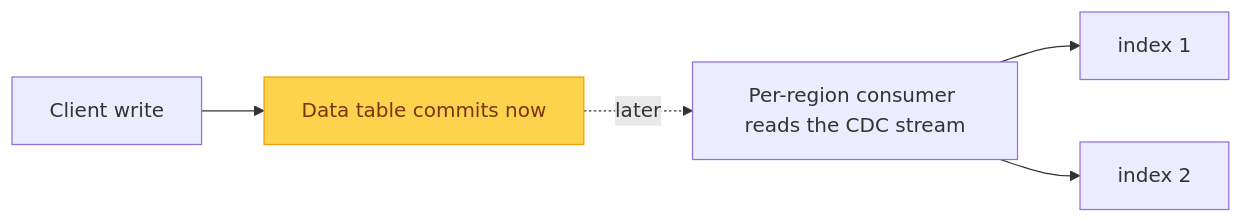
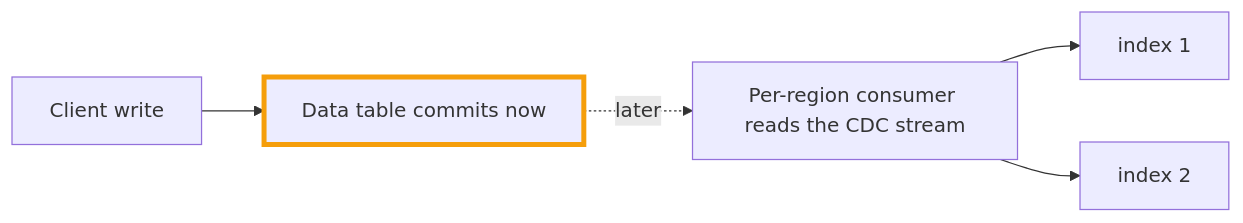
Before and after one commit to palashc/palashc.github.io: the first of 2 diagrams in src/content/blog/phoenix-dynamodb-parity/eventually-consistent-indexes.md, drawn with Mermaid. The commit also changed other lines of this file and 21 other files, not shown here.

````diff
--- a/src/content/blog/phoenix-dynamodb-parity/eventually-consistent-indexes.md
+++ b/src/content/blog/phoenix-dynamodb-parity/eventually-consistent-indexes.md
@@ -44,8 +44,8 @@
 ```mermaid
 flowchart LR
   client["Client write"] --> data["Data table commits now"]
   data -. "later" .-> consumer["Per-region consumer reads the CDC stream"]
   consumer --> i1["index 1"]
   consumer --> i2["index 2"]
-  style data fill:#fcd34d,color:#78350f,stroke:#f59e0b
+  style data stroke:#f59e0b,stroke-width:4px
 ```
````
